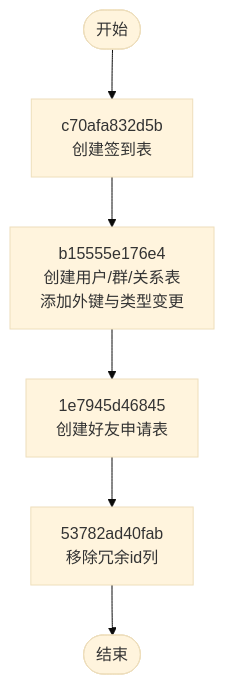
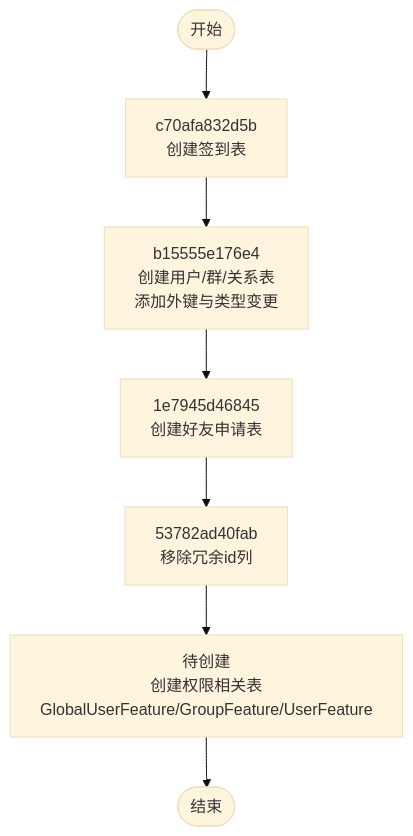
The fifth of 8 diagrams in .qoder/repowiki/zh/content/数据模型设计.md (Wohaokunr/yawn_bot), drawn with Mermaid (base theme) before and after one commit. The commit also changed other lines of this file and 10 other files, not shown here.

````diff
--- a/.qoder/repowiki/zh/content/数据模型设计.md
+++ b/.qoder/repowiki/zh/content/数据模型设计.md
@@ -435,8 +595,9 @@
 ```mermaid
 flowchart TD
 Start(["开始"]) --> M1["c70afa832d5b<br/>创建签到表"]
 M1 --> M2["b15555e176e4<br/>创建用户/群/关系表<br/>添加外键与类型变更"]
 M2 --> M3["1e7945d46845<br/>创建好友申请表"]
 M3 --> M4["53782ad40fab<br/>移除冗余id列"]
-M4 --> End(["结束"])
+M4 --> M5["待创建<br/>创建权限相关表<br/>GlobalUserFeature/GroupFeature/UserFeature"]
+M5 --> End(["结束"])
 ```
````
